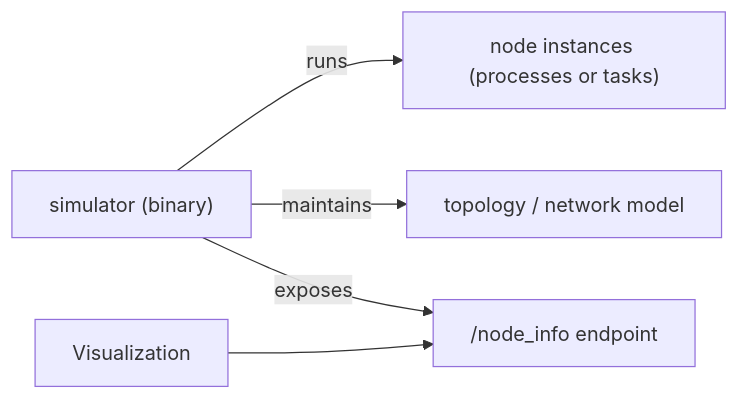
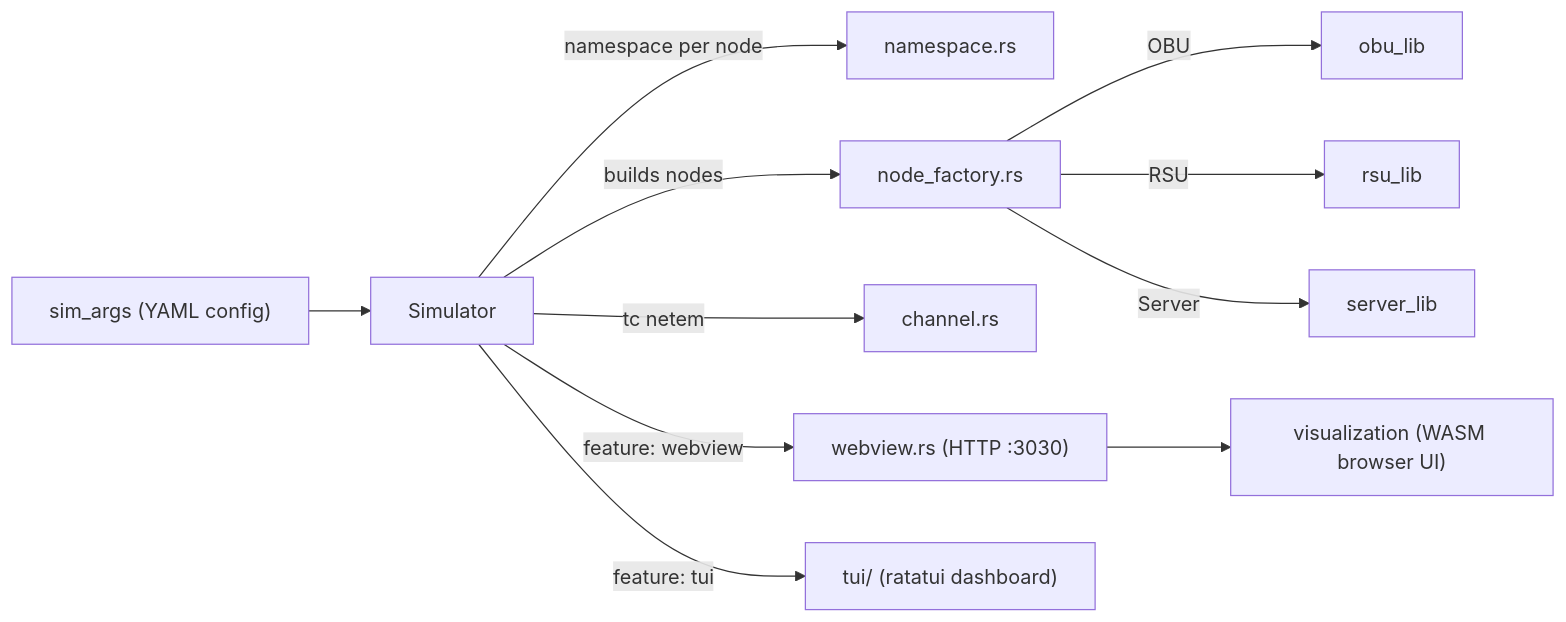
The diagram in simulator/ARCHITECTURE.md (GomesGoncalo/vigilant-parakeet), drawn with Mermaid before and after one commit. The commit also changed other lines of this file and 6 other files, not shown here.

````diff
--- a/simulator/ARCHITECTURE.md
+++ b/simulator/ARCHITECTURE.md
@@ -5,7 +5,13 @@
 ```mermaid
 flowchart LR
-  Simulator["simulator (binary)"] -->|runs| Nodes["node instances (processes or tasks)"]
-  Simulator -->|maintains| Topology["topology / network model"]
-  Simulator -->|exposes| HTTP["/node_info endpoint"]
-  Visualization --> HTTP
+  SimArgs["sim_args (YAML config)"] --> Simulator
+  Simulator -->|namespace per node| NS["namespace.rs"]
+  Simulator -->|builds nodes| NF["node_factory.rs"]
+  NF -->|OBU| ObuLib["obu_lib"]
+  NF -->|RSU| RsuLib["rsu_lib"]
+  NF -->|Server| ServerLib["server_lib"]
+  Simulator -->|tc netem| CH["channel.rs"]
+  Simulator -->|feature: webview| WV["webview.rs (HTTP :3030)"]
+  Simulator -->|feature: tui| TUI["tui/ (ratatui dashboard)"]
+  WV --> Visualization["visualization (WASM browser UI)"]
 ```
````
